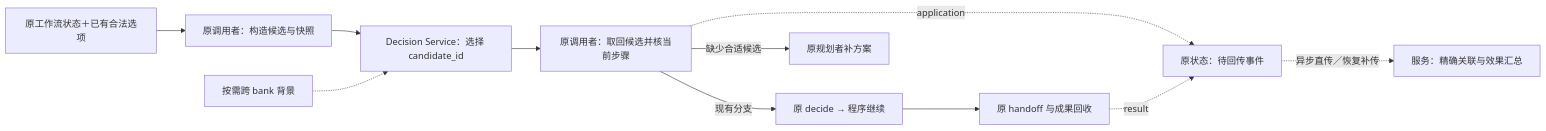
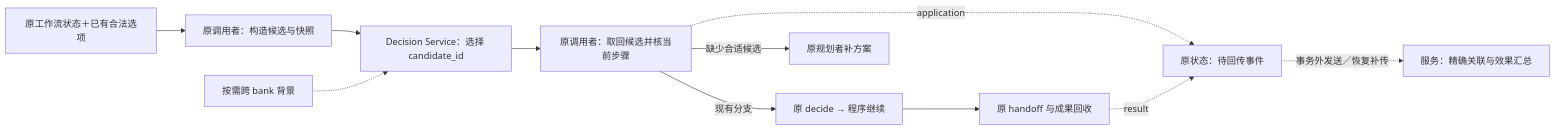
One commit to CF-FE/herdr-4-codexcloud changed the second of 3 diagrams in docs/project-workflow-development.md. Above: the diagram before and after it, drawn with Mermaid. The commit also changed other lines of this file and 9 other files, not shown here.

````diff
--- a/docs/project-workflow-development.md
+++ b/docs/project-workflow-development.md
@@ -78,13 +78,13 @@
 ```mermaid
 flowchart LR
     S["原工作流状态＋已有合法选项"] --> C["原调用者：构造候选与快照"]
     C --> D["Decision Service：选择 candidate_id"]
     M["按需跨 bank 背景"] -.-> D
     D --> A["原调用者：取回候选并核当前步骤"]
     A -->|"现有分支"| W["原 decide → 程序继续"]
     A -->|"缺少合适候选"| P["原规划者补方案"]
     W --> H["原 handoff 与成果回收"]
     A -.->|"application"| F["原状态：待回传事件"]
     H -.->|"result"| F
-    F -.->|"异步直传／恢复补传"| E["服务：精确关联与效果汇总"]
+    F -.->|"事务外发送／恢复补传"| E["服务：精确关联与效果汇总"]
 ```
````
